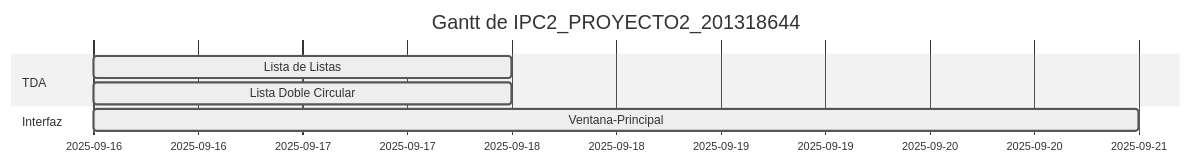
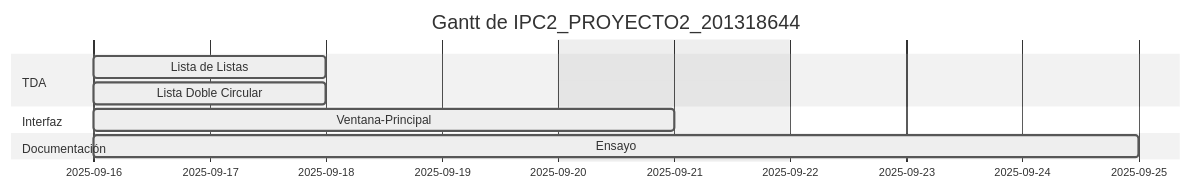
One commit to MynorCifuentes/GuateRiegos-2.0 changed the diagram in docs/gantt.md. Above: the diagram before and after it, drawn with Mermaid (neutral theme).

Commit message:
Actualiza diagrama de Gantt automático

````diff
--- a/docs/gantt.md
+++ b/docs/gantt.md
@@ -1,13 +1,14 @@
 ```mermaid
 gantt
     dateFormat  YYYY-MM-DD
     title Gantt de IPC2_PROYECTO2_201318644
     excludes    weekends
     section TDA
     Lista de Listas :active, 2, 2025-09-16, 2025-09-18
     Lista Doble Circular :active, 1, 2025-09-16, 2025-09-18
     section Interfaz
     Ventana-Principal :active, 3, 2025-09-16, 2025-09-21
     section Reportes
     section Documentación
+    Ensayo :active, 4, 2025-09-16, 2025-09-25
 ```
````
